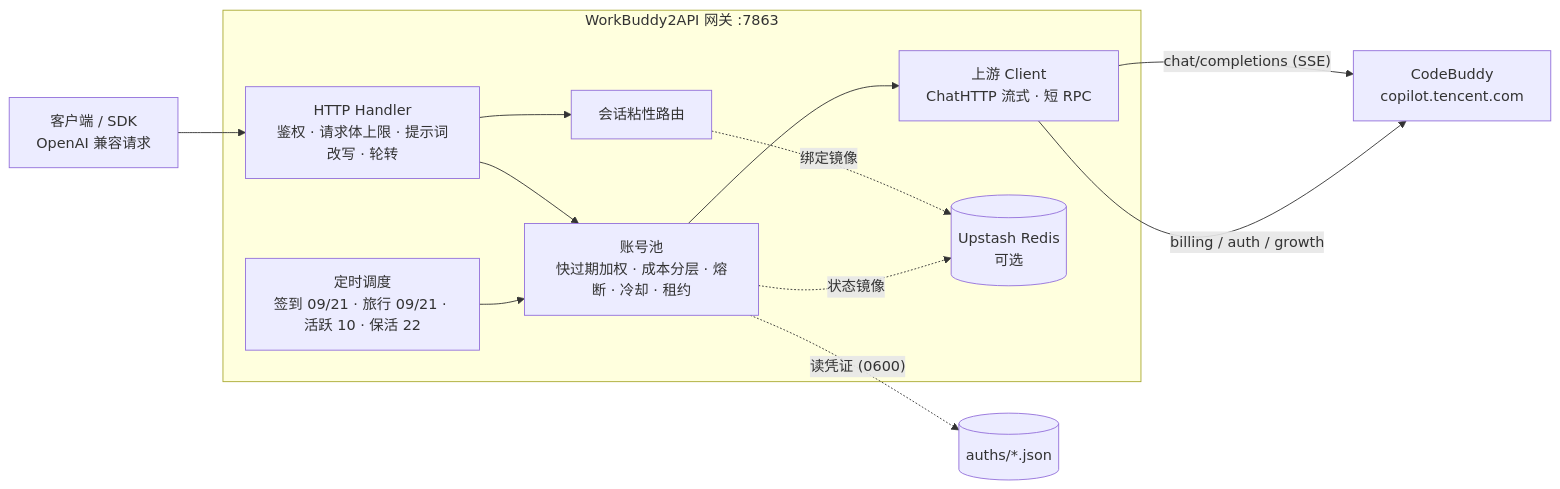
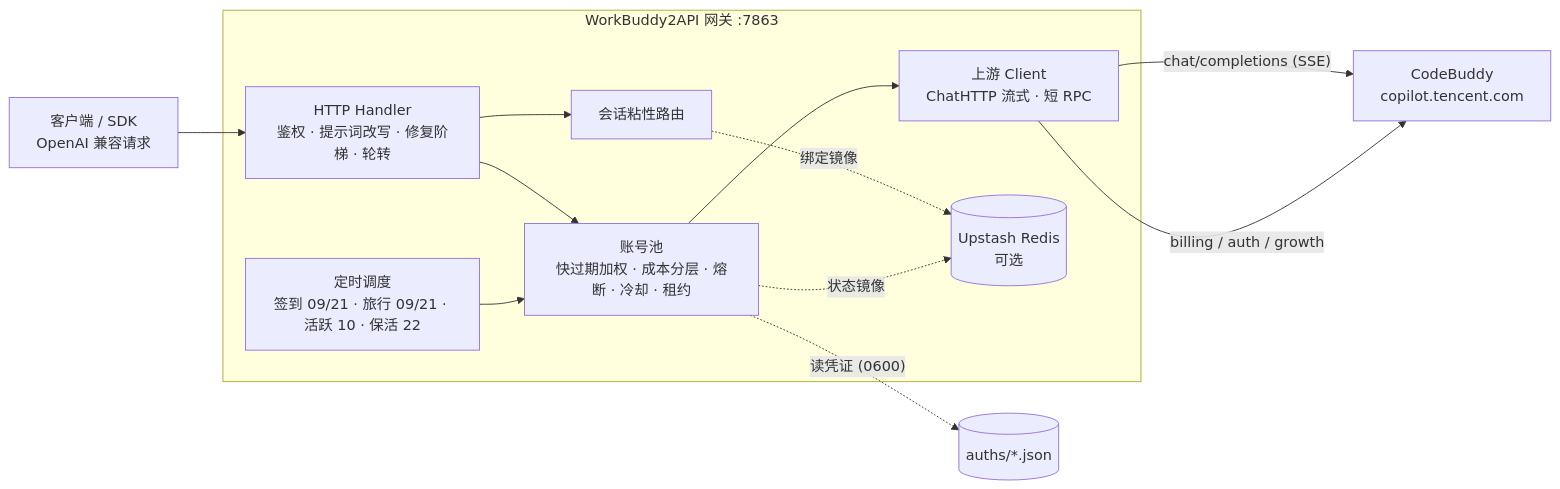
One commit to xiaomujin/workbuddy2api-panel changed the diagram in README.md. Above: the diagram before and after it, drawn with Mermaid. The commit also changed other lines of this file, not shown here.

````diff
--- a/README.md
+++ b/README.md
@@ -215,18 +72,18 @@
 ```mermaid
 flowchart LR
     Client["客户端 / SDK\nOpenAI 兼容请求"] --> H
 
     subgraph GWI["WorkBuddy2API 网关 :7863"]
-        H["HTTP Handler\n鉴权 · 请求体上限 · 提示词改写 · 轮转"] --> P
+        H["HTTP Handler\n鉴权 · 提示词改写 · 修复阶梯 · 轮转"] --> P
         H --> S
         P["账号池\n快过期加权 · 成本分层 · 熔断 · 冷却 · 租约"] --> U
         S["会话粘性路由"] -.绑定镜像.-> REDIS
         T["定时调度\n签到 09/21 · 旅行 09/21 · 活跃 10 · 保活 22"] --> P
         U["上游 Client\nChatHTTP 流式 · 短 RPC"]
     end
 
     P -. "读凭证 (0600)" .-> AUTH[("auths/*.json")]
     P -. "状态镜像" .-> REDIS[("Upstash Redis\n可选")]
     U -->|"chat/completions (SSE)"| CB["CodeBuddy\ncopilot.tencent.com"]
     U -->|"billing / auth / growth"| CB
 ```
````
